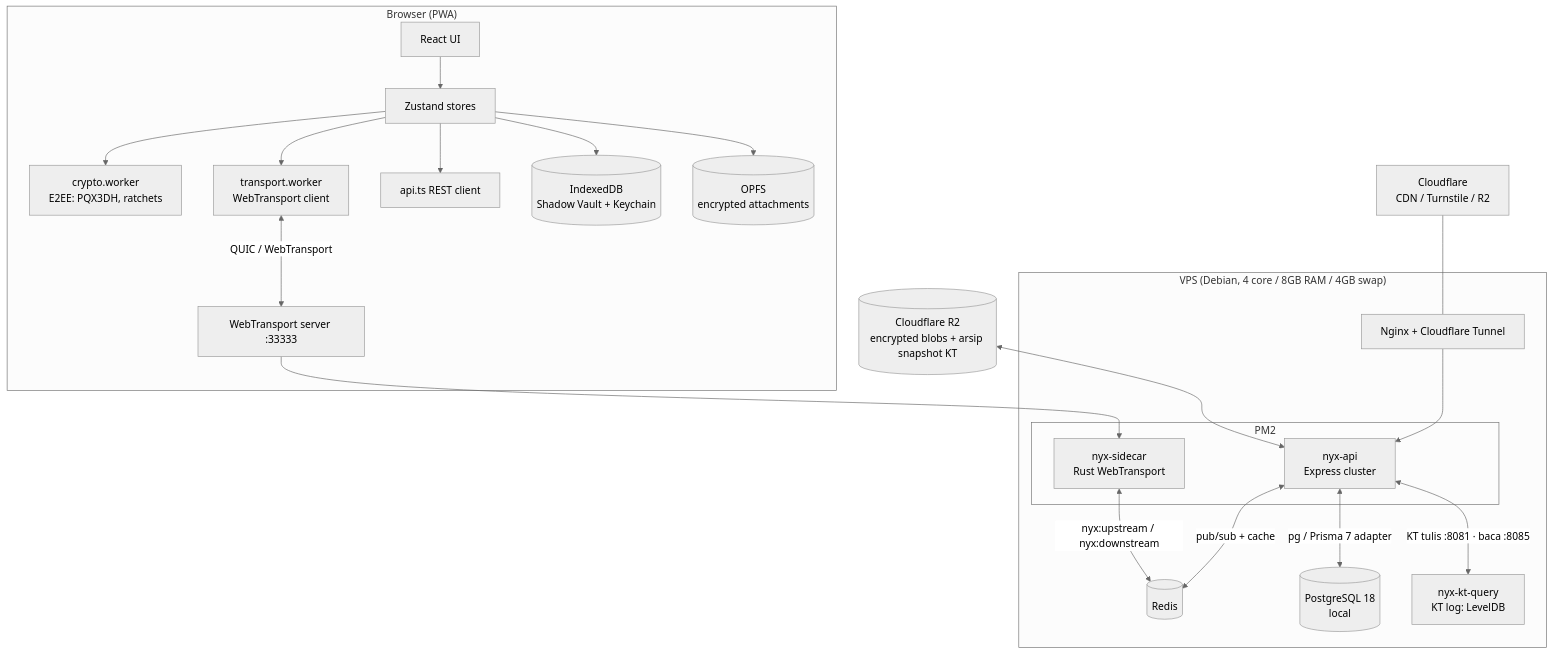
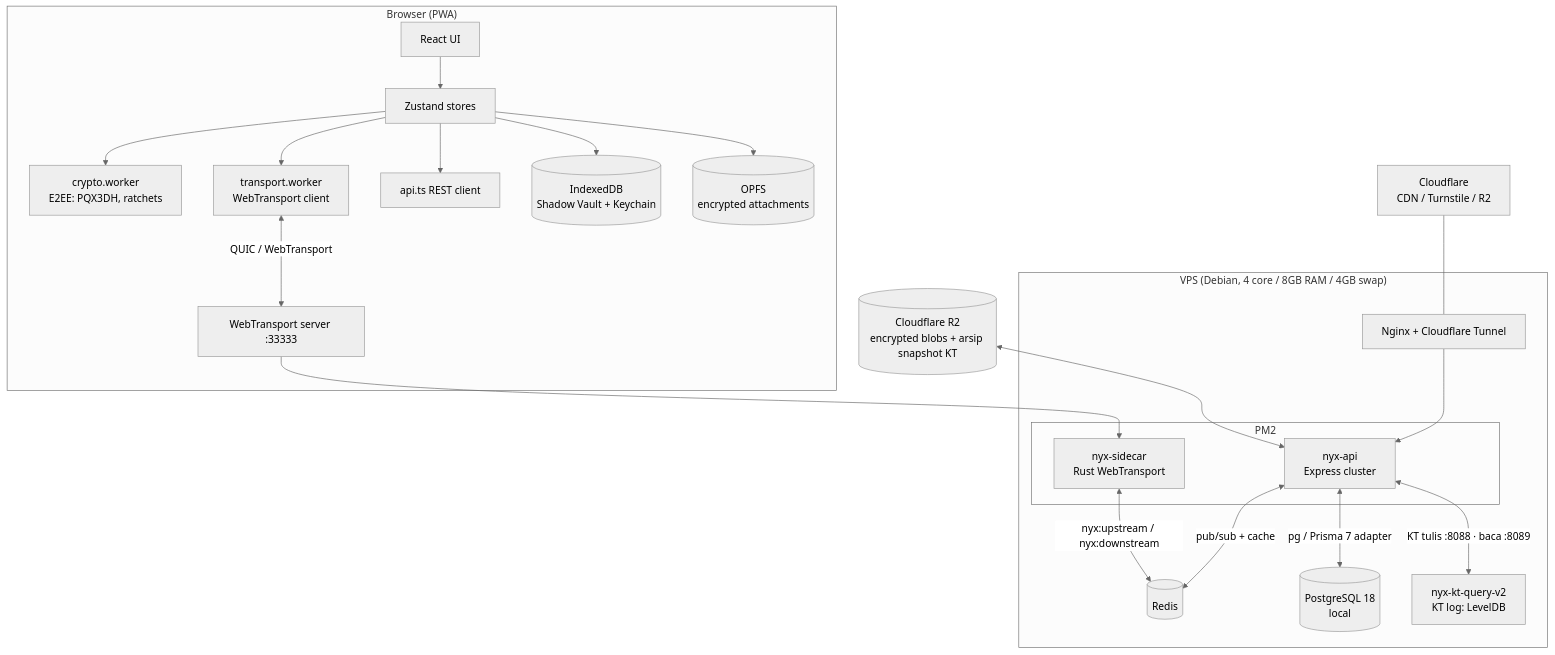
The diagram in docs/01-architecture.md (h4nzs/nyx-chat), drawn with Mermaid (neutral theme) before and after one commit. The commit also changed other lines of this file and 165 other files, not shown here.

````diff
--- a/docs/01-architecture.md
+++ b/docs/01-architecture.md
@@ -42,39 +42,39 @@
 ```mermaid
 flowchart TB
     subgraph Browser["Browser (PWA)"]
         UI[React UI]
         ZS[Zustand stores]
         CW[crypto.worker<br/>E2EE: PQX3DH, ratchets]
         TW[transport.worker<br/>WebTransport client]
         API[api.ts REST client]
         IDB[(IndexedDB<br/>Shadow Vault + Keychain)]
         OPFS[(OPFS<br/>encrypted attachments)]
         UI --> ZS
         ZS --> CW
         ZS --> API
         ZS --> IDB
         ZS --> OPFS
         ZS --> TW
         TW <-->|QUIC / WebTransport| WT
     end
 
     subgraph VPS["VPS (Debian, 4 core / 8GB RAM / 4GB swap)"]
         NG[Nginx + Cloudflare Tunnel]
         subgraph PM2["PM2"]
             API2[nyx-api<br/>Express cluster]
             SC[nyx-sidecar<br/>Rust WebTransport]
         end
         RD[(Redis)]
         PG[(PostgreSQL 18<br/>local)]
-        KT[nyx-kt-query<br/>KT log: LevelDB]
+        KT[nyx-kt-query-v2<br/>KT log: LevelDB]
         NG --> API2
         WT[WebTransport server :33333] --> SC
         API2 <-->|pg / Prisma 7 adapter| PG
         API2 <-->|pub/sub + cache| RD
         SC <-->|nyx:upstream / nyx:downstream| RD
-        API2 <-->|KT tulis :8081 · baca :8085| KT
+        API2 <-->|KT tulis :8088 · baca :8089| KT
     end
 
     CF[Cloudflare<br/>CDN / Turnstile / R2] --- NG
     R2[(Cloudflare R2<br/>encrypted blobs + arsip snapshot KT)] <--> API2
 ```
````
